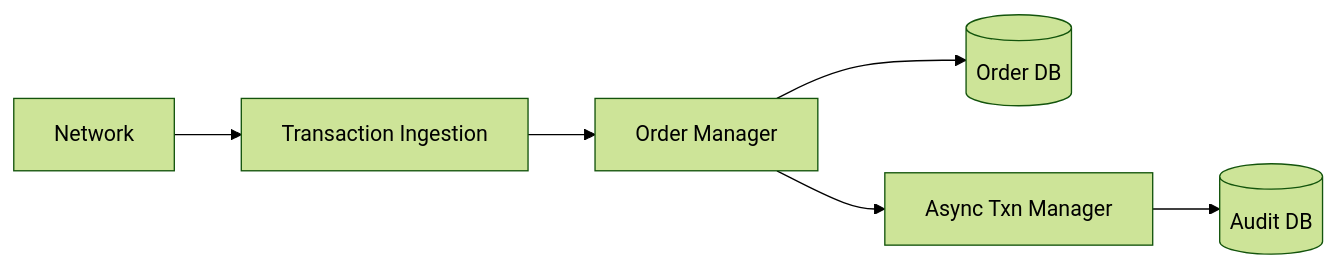
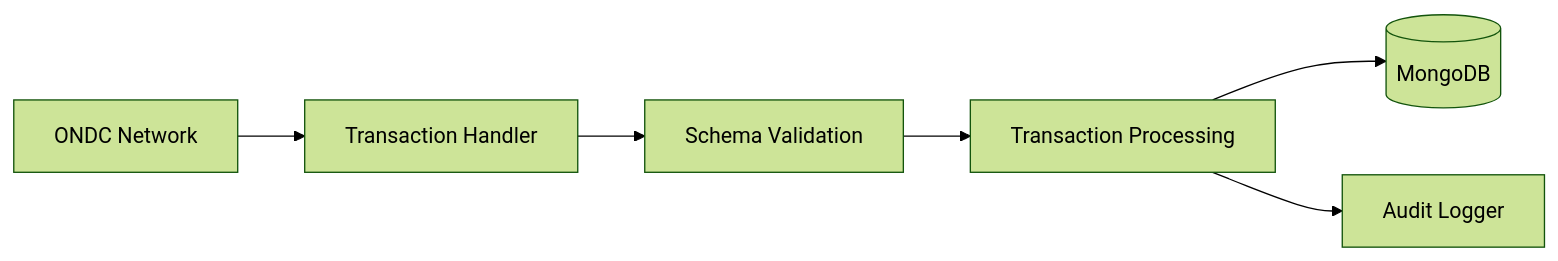
Before and after one commit to ONDC-Official/rsf-utility: the first of 3 diagrams in docs/ARCHITECTURE.md, drawn with Mermaid (forest theme). The commit also changed other lines of this file and 3 other files, not shown here.

Commit message:
docs: enhance API and architecture documentation with detailed sections and examples

````diff
--- a/docs/ARCHITECTURE.md
+++ b/docs/ARCHITECTURE.md
@@ -83,8 +118,8 @@
 ```mermaid
 graph LR
-    A[Network] --> B[Transaction Ingestion]
-    B --> C[Order Manager]
-    C --> D[(Order DB)]
-    C --> E[Async Txn Manager]
-    E --> F[(Audit DB)]
+    A[ONDC Network] --> B[Transaction Handler]
+    B --> C[Schema Validation]
+    C --> D[Transaction Processing]
+    D --> E[(MongoDB)]
+    D --> F[Audit Logger]
 ```
````
